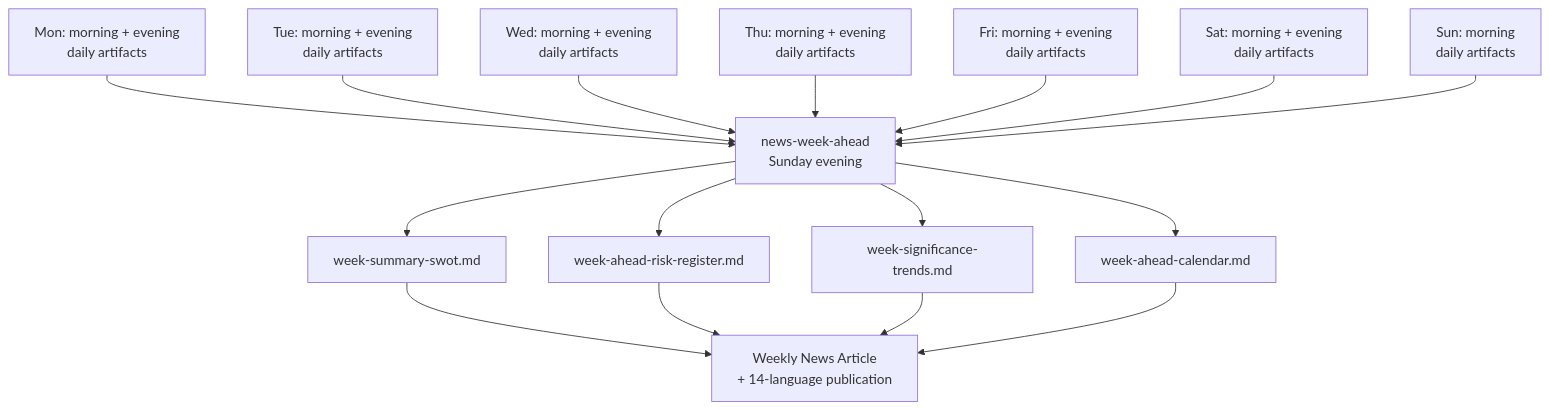
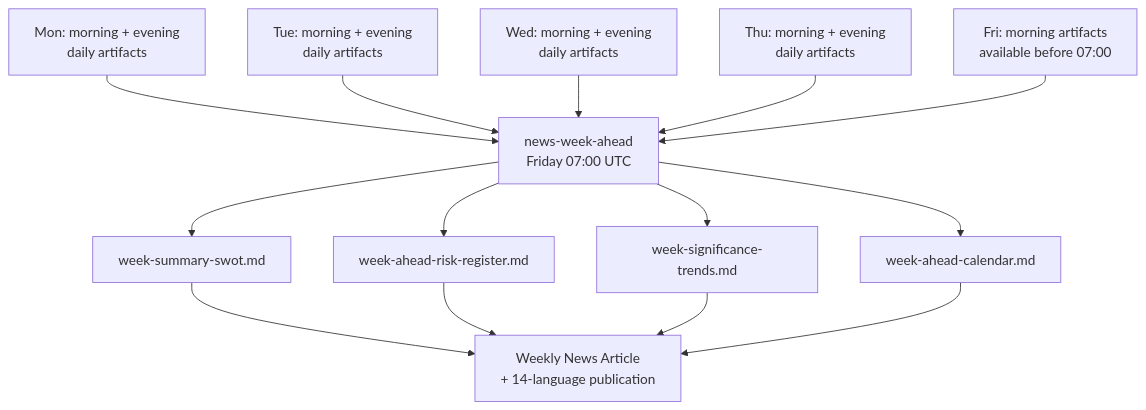
One commit to Hack23/riksdagsmonitor changed the diagram in analysis/weekly/README.md. Above: the diagram before and after it, drawn with Mermaid. The commit also changed other lines of this file and 3 other files, not shown here.

First line of the commit message:
docs: fix workflow schedule references — news-article-generator is manual-only, news-week-ahead runs Fridays 07:00 UTC, mark monthly pipeline as planned

````diff
--- a/analysis/weekly/README.md
+++ b/analysis/weekly/README.md
@@ -72,20 +72,18 @@
 ```mermaid
 flowchart TD
     D1[Mon: morning + evening<br/>daily artifacts] --> AGG
     D2[Tue: morning + evening<br/>daily artifacts] --> AGG
     D3[Wed: morning + evening<br/>daily artifacts] --> AGG
     D4[Thu: morning + evening<br/>daily artifacts] --> AGG
-    D5[Fri: morning + evening<br/>daily artifacts] --> AGG
-    D6[Sat: morning + evening<br/>daily artifacts] --> AGG
-    D7[Sun: morning<br/>daily artifacts] --> AGG
+    D5[Fri: morning artifacts<br/>available before 07:00] --> AGG
     
-    AGG[news-week-ahead<br/>Sunday evening] --> W1[week-summary-swot.md]
+    AGG[news-week-ahead<br/>Friday 07:00 UTC] --> W1[week-summary-swot.md]
     AGG --> W2[week-ahead-risk-register.md]
     AGG --> W3[week-significance-trends.md]
     AGG --> W4[week-ahead-calendar.md]
     
     W1 --> PUB[Weekly News Article<br/>+ 14-language publication]
     W2 --> PUB
     W3 --> PUB
     W4 --> PUB
 ```
````
